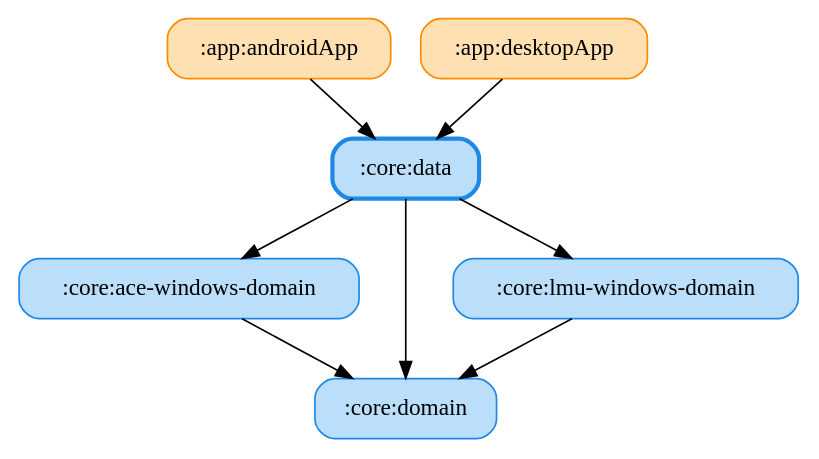
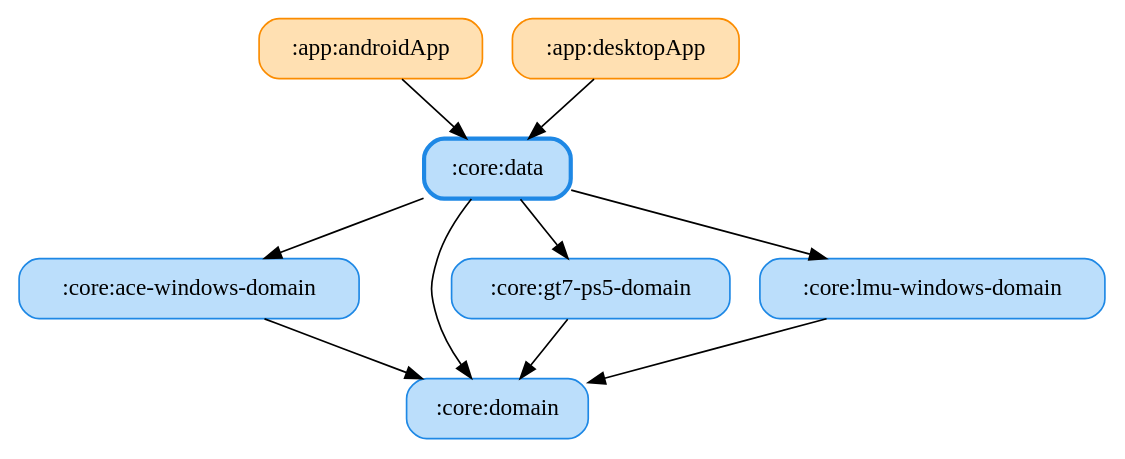
Before and after one commit to ai-kurou/KoDriver: the diagram in docs/graphs/core-data.gv, drawn with Graphviz. The commit also changed 31 other files, not shown here.

Commit message:
chore: update module graph images

```diff
--- a/docs/graphs/core-data.gv
+++ b/docs/graphs/core-data.gv
@@ -1,17 +1,20 @@
 digraph G {
   rankdir=TB
   node [shape=box, style="rounded,filled"]
   ":app:androidApp" [fillcolor="#FFE0B2", color="#FB8C00", penwidth=1]
   ":app:desktopApp" [fillcolor="#FFE0B2", color="#FB8C00", penwidth=1]
   ":core:ace-windows-domain" [fillcolor="#BBDEFB", color="#1E88E5", penwidth=1]
   ":core:data" [fillcolor="#BBDEFB", color="#1E88E5", penwidth=2.5]
   ":core:domain" [fillcolor="#BBDEFB", color="#1E88E5", penwidth=1]
+  ":core:gt7-ps5-domain" [fillcolor="#BBDEFB", color="#1E88E5", penwidth=1]
   ":core:lmu-windows-domain" [fillcolor="#BBDEFB", color="#1E88E5", penwidth=1]
   ":app:androidApp" -> ":core:data"
   ":app:desktopApp" -> ":core:data"
   ":core:ace-windows-domain" -> ":core:domain"
+  ":core:data" -> ":core:gt7-ps5-domain"
   ":core:data" -> ":core:domain"
   ":core:data" -> ":core:ace-windows-domain"
   ":core:data" -> ":core:lmu-windows-domain"
+  ":core:gt7-ps5-domain" -> ":core:domain"
   ":core:lmu-windows-domain" -> ":core:domain"
 }
```
